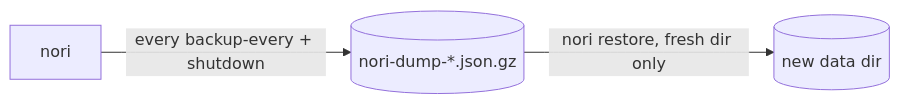
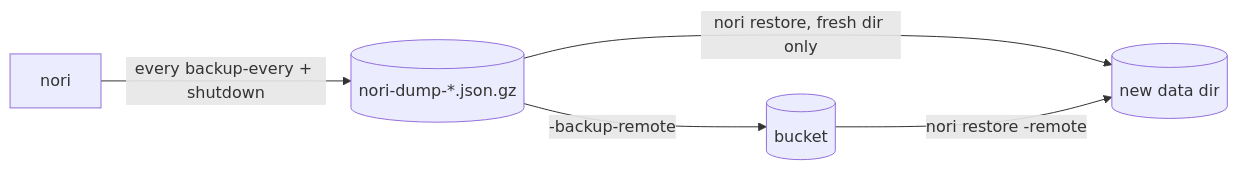
The fourth of 4 diagrams in ARCHITECTURE.md (ssupawat/nori), drawn with Mermaid before and after one commit. The commit also changed other lines of this file and 20 other files, not shown here.

````diff
--- a/ARCHITECTURE.md
+++ b/ARCHITECTURE.md
@@ -87,5 +90,7 @@
   ```mermaid
   flowchart LR
       n["nori"] -- "every backup-every + shutdown" --> g[("nori-dump-*.json.gz")]
+      g -- "-backup-remote" --> b[("bucket")]
       g -- "nori restore, fresh dir only" --> f[("new data dir")]
+      b -- "nori restore -remote" --> f
   ```
````
